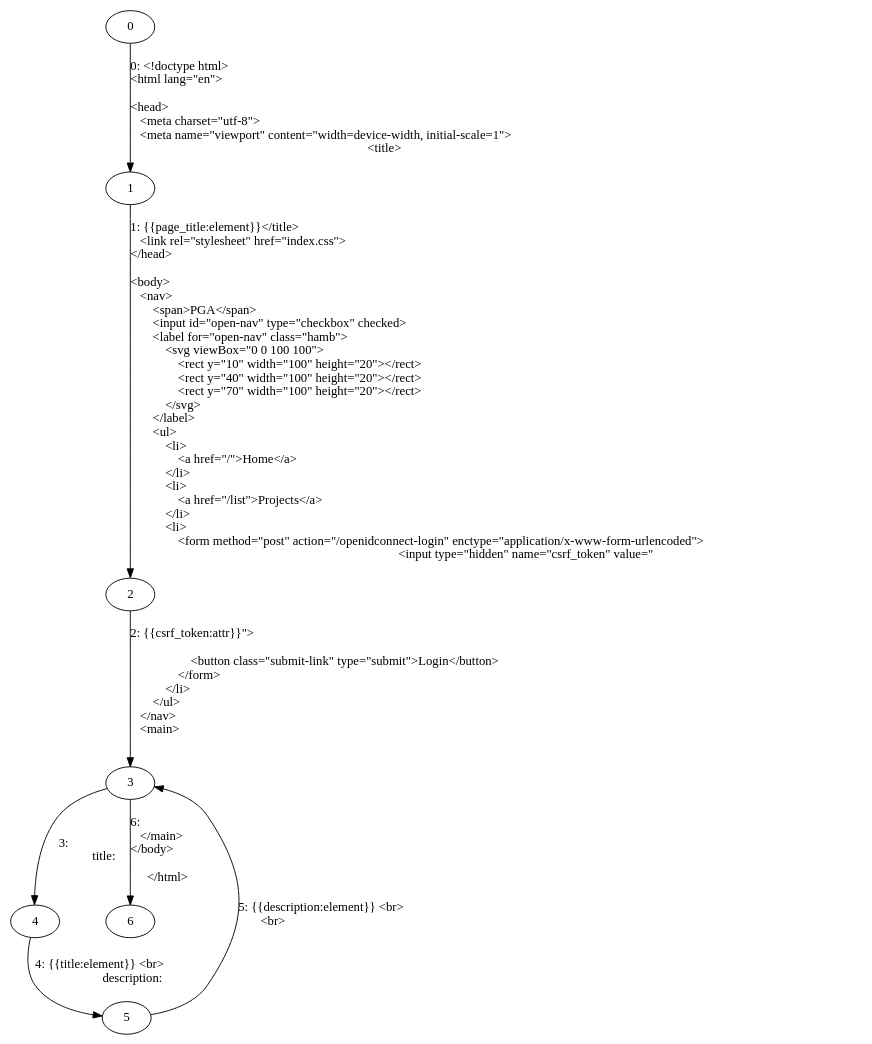
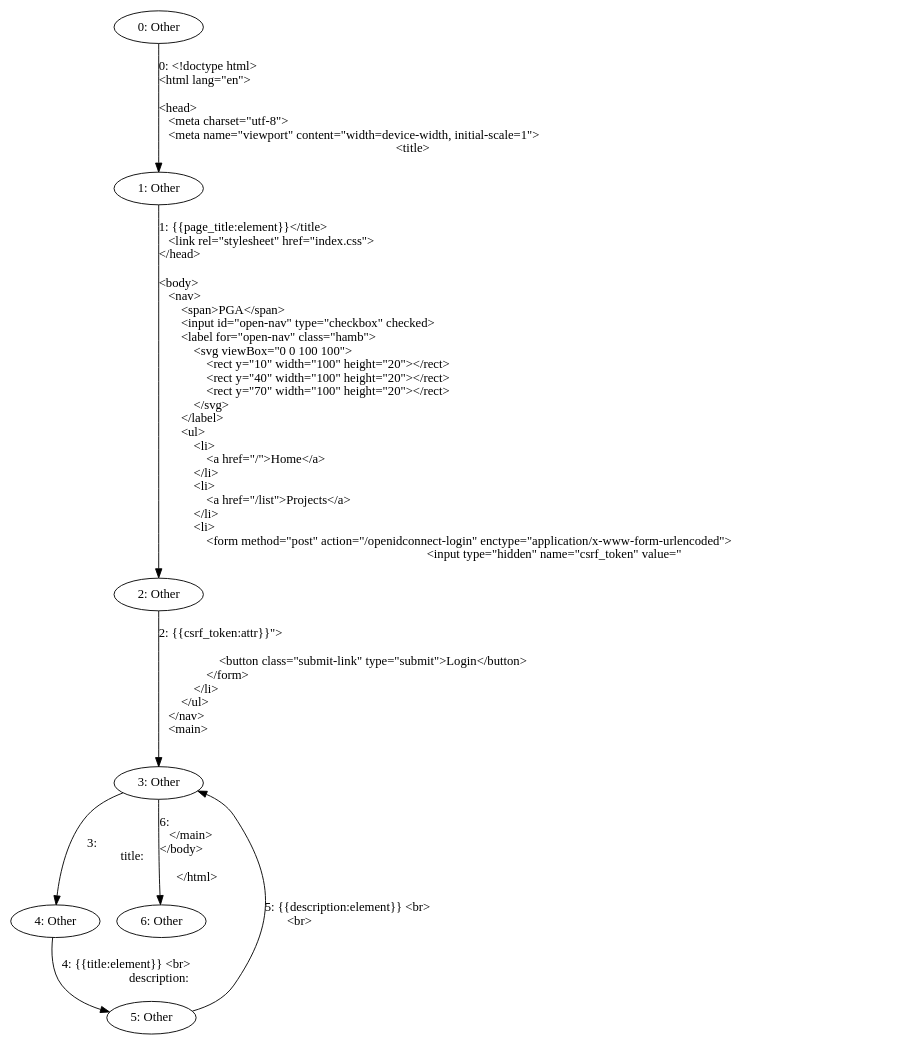
The diagram in list.dot (projektwahl/perfect-group-allocation), drawn with Graphviz before and after one commit. The commit also changed 1 other file, not shown here.

```diff
--- a/list.dot
+++ b/list.dot
@@ -1,16 +1,16 @@
 digraph {
-    0 [ label = "0" ]
-    1 [ label = "1" ]
-    2 [ label = "2" ]
-    3 [ label = "3" ]
-    4 [ label = "4" ]
-    5 [ label = "5" ]
-    6 [ label = "6" ]
+    0 [ label = "0: Other" ]
+    1 [ label = "1: Other" ]
+    2 [ label = "2: Other" ]
+    3 [ label = "3: Other" ]
+    4 [ label = "4: Other" ]
+    5 [ label = "5: Other" ]
+    6 [ label = "6: Other" ]
     0 -> 1 [ label = "0: <!doctype html>\l<html lang=\"en\">\l\l<head>\l    <meta charset=\"utf-8\">\l    <meta name=\"viewport\" content=\"width=device-width, initial-scale=1\">\l    <title>" ]
     1 -> 2 [ label = "1: {{page_title:element}}</title>\l    <link rel=\"stylesheet\" href=\"index.css\">\l</head>\l\l<body>\l    <nav>\l        <span>PGA</span>\l        <input id=\"open-nav\" type=\"checkbox\" checked>\l        <label for=\"open-nav\" class=\"hamb\">\l            <svg viewBox=\"0 0 100 100\">\l                <rect y=\"10\" width=\"100\" height=\"20\"></rect>\l                <rect y=\"40\" width=\"100\" height=\"20\"></rect>\l                <rect y=\"70\" width=\"100\" height=\"20\"></rect>\l            </svg>\l        </label>\l        <ul>\l            <li>\l                <a href=\"/\">Home</a>\l            </li>\l            <li>\l                <a href=\"/list\">Projects</a>\l            </li>\l            <li>\l                <form method=\"post\" action=\"/openidconnect-login\" enctype=\"application/x-www-form-urlencoded\">\l                    <input type=\"hidden\" name=\"csrf_token\" value=\"" ]
     2 -> 3 [ label = "2: {{csrf_token:attr}}\">\l\l                    <button class=\"submit-link\" type=\"submit\">Login</button>\l                </form>\l            </li>\l        </ul>\l    </nav>\l    <main>\l        " ]
     3 -> 4 [ label = "3: \l        title: " ]
     4 -> 5 [ label = "4: {{title:element}} <br>\l        description: " ]
     5 -> 3 [ label = "5: {{description:element}} <br>\l        <br>\l        " ]
     3 -> 6 [ label = "6: \l    </main>\l</body>\l\l</html>" ]
 }
```
